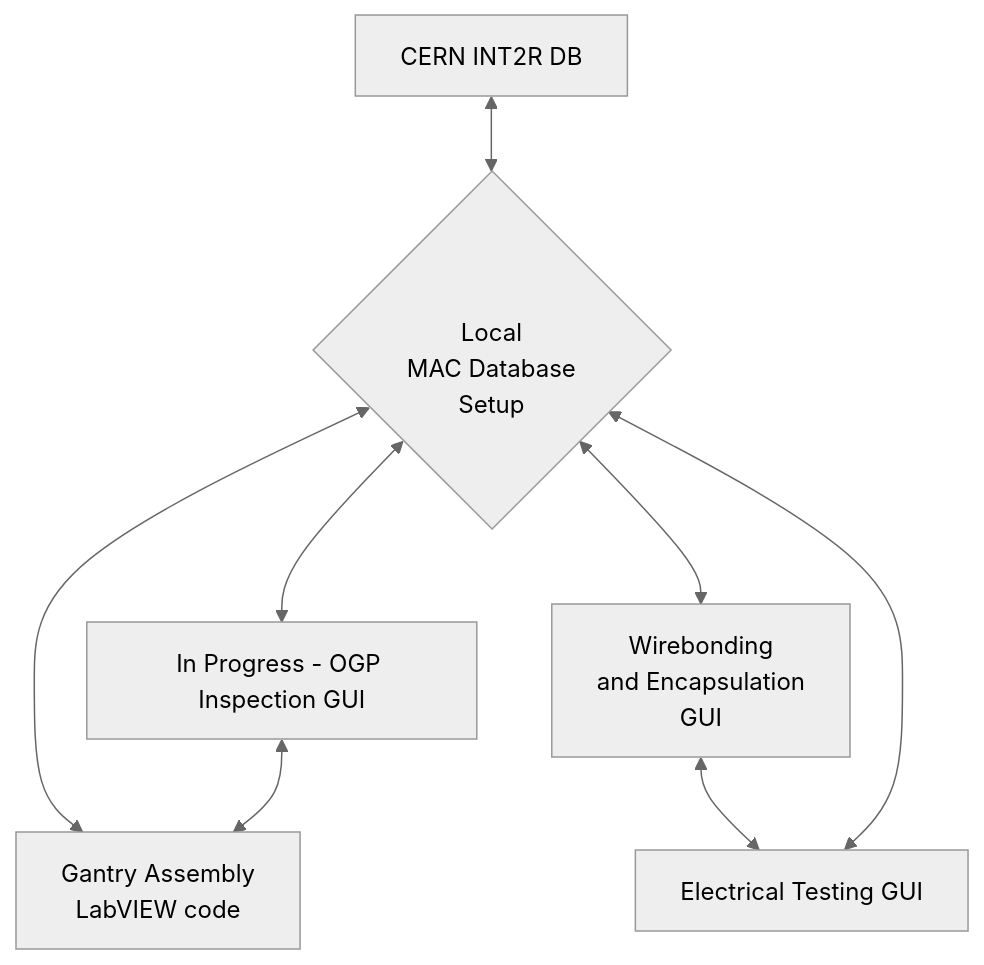
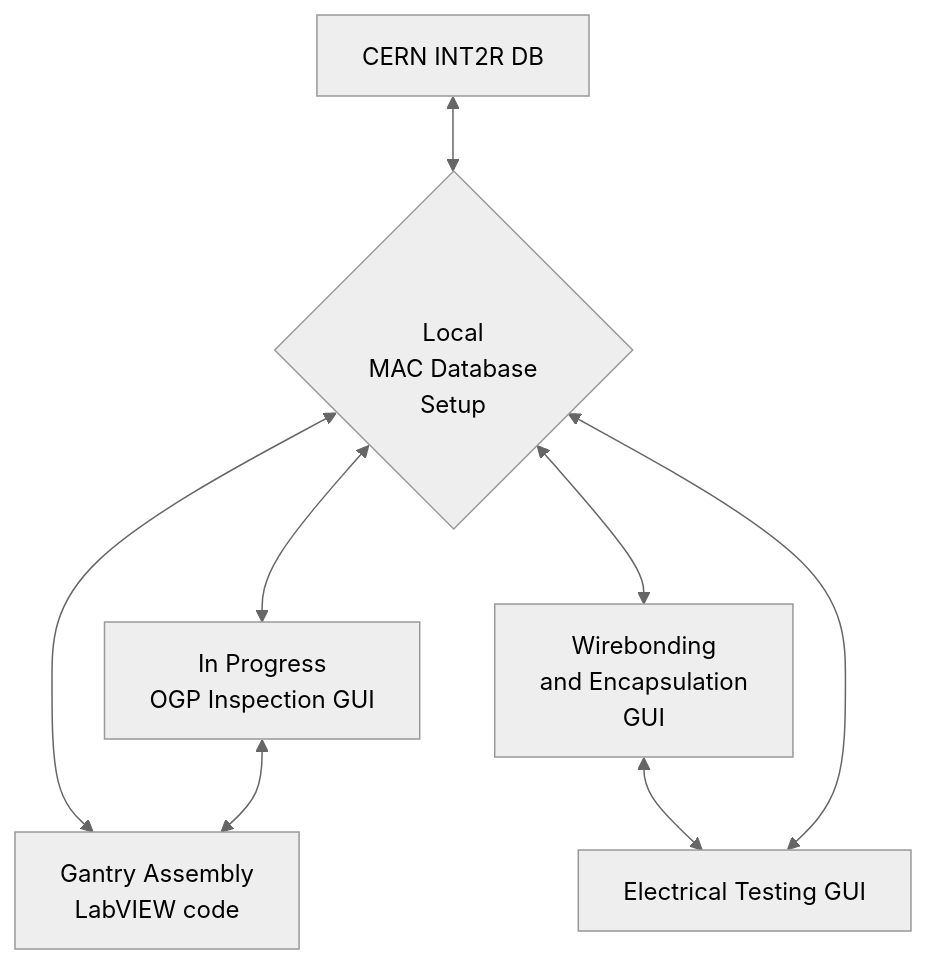
The diagram in profile/README.md (cmu-hgc-mac/.github), drawn with Mermaid (neutral theme) before and after one commit.

````diff
--- a/profile/README.md
+++ b/profile/README.md
@@ -5,16 +5,16 @@
 ```mermaid
 graph TD
     K[CERN INT2R DB] <--> A
-    A{<br>Local<br>MAC Database<br>Setup} <--> B[In Progress - OGP Inspection GUI]
+    A{<br>Local<br>MAC Database<br>Setup} <--> B[In Progress<br>OGP Inspection GUI]
     A{<br>Local<br>MAC Database<br>Setup} <--> C[Gantry Assembly<br>LabVIEW code]
     B <--> C
     A <--> D[Wirebonding<br>and Encapsulation<br>GUI]
     D <--> E[Electrical Testing GUI]
     E <--> A
     click A href "https://github.com/cmu-hgc-mac/HGC_DB_postgres/"
     click B href "https://github.com/cmu-hgc-mac/HGC_OGP_DB"
     click C href "https://github.com/kai-ucsb/Gantry"
     click D href "https://github.com/nkalliney1/wirebonder_gui"
     click E href "https://gitlab.cern.ch/acrobert/hgcal-module-testing-gui/"
 
 ```
````
